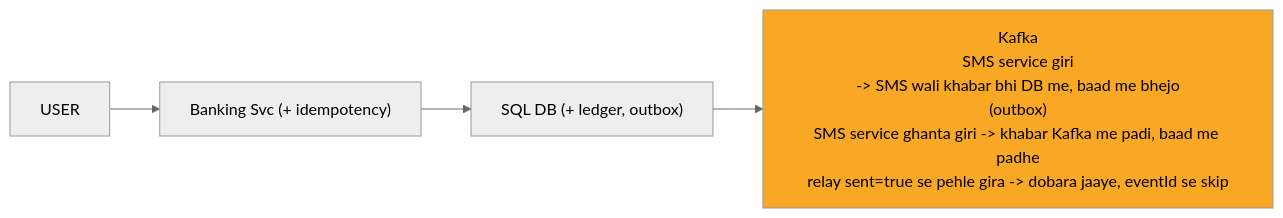
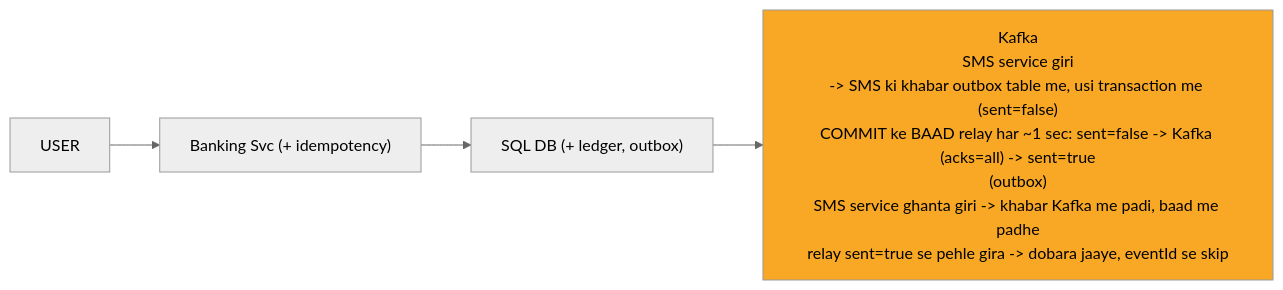
Before and after one commit to ArpanMaheshwari144/Prep: the sixth of 13 diagrams in 04_HLD/SYSTEM_DESIGNS/13_banking_system/13_banking_system.md, drawn with Mermaid (neutral theme). The commit also changed other lines of this file and 13 other files, not shown here.

````diff
--- a/04_HLD/SYSTEM_DESIGNS/13_banking_system/13_banking_system.md
+++ b/04_HLD/SYSTEM_DESIGNS/13_banking_system/13_banking_system.md
@@ -204,12 +207,12 @@
 ```mermaid
 %%{init: {"flowchart": {"wrappingWidth": 450}}}%%
 flowchart LR
     n_USER["USER"]
     n_SVC["Banking Svc (+ idempotency)"]
     n_DB["SQL DB (+ ledger, outbox)"]
-    n_K["Kafka<br/>SMS service giri<br/>-> SMS wali khabar bhi DB me, baad me bhejo<br/>(outbox)<br/>SMS service ghanta giri -> khabar Kafka me padi, baad me padhe<br/>relay sent=true se pehle gira -> dobara jaaye, eventId se skip"]
+    n_K["Kafka<br/>SMS service giri<br/>-> SMS ki khabar outbox table me, usi transaction me (sent=false)<br/>COMMIT ke BAAD relay har ~1 sec: sent=false -> Kafka (acks=all) -> sent=true<br/>(outbox)<br/>SMS service ghanta giri -> khabar Kafka me padi, baad me padhe<br/>relay sent=true se pehle gira -> dobara jaaye, eventId se skip"]
     n_USER --> n_SVC
     n_SVC --> n_DB
     n_DB --> n_K
     style n_K fill:#f9a825,color:#000
 ```
````
